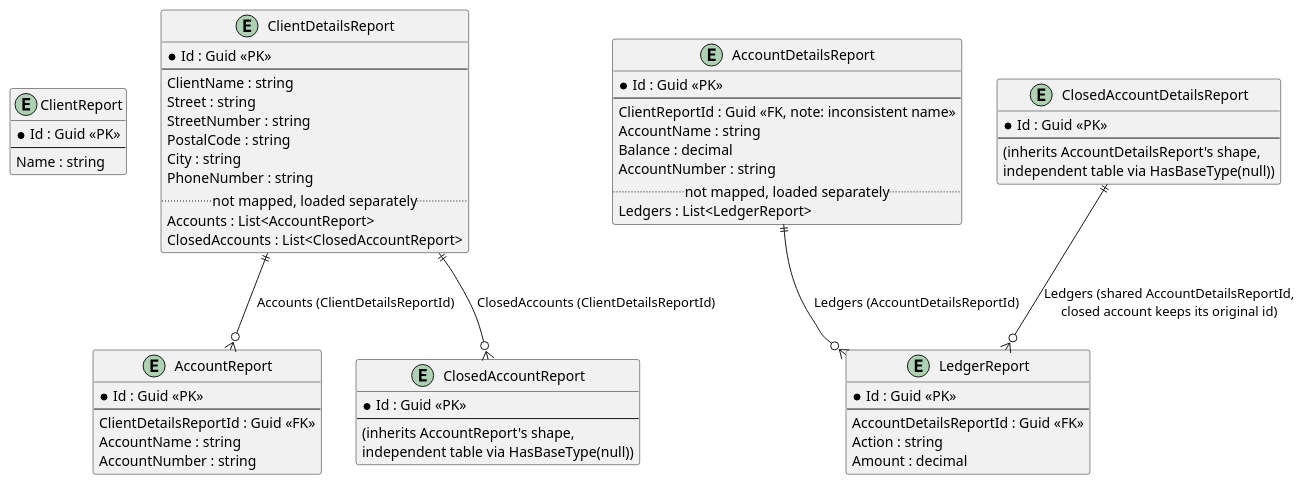
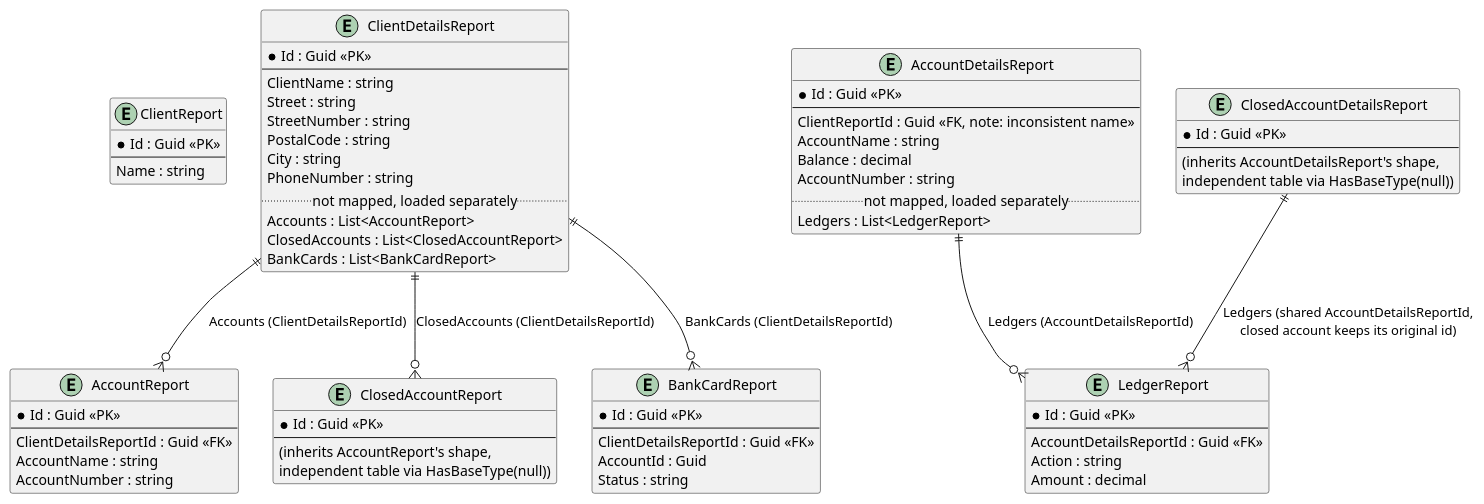
Before and after one commit to Mwwhited-BookLearning/fohjin-cqrs: the first of 2 diagrams in docs/08-reporting-read-models.md, drawn with PlantUML. The commit also changed other lines of this file and 8 other files, not shown here.

````diff
--- a/docs/08-reporting-read-models.md
+++ b/docs/08-reporting-read-models.md
@@ -10,61 +14,70 @@
 ```plantuml
 @startuml
 entity ClientReport {
   * Id : Guid <<PK>>
   --
   Name : string
 }
 entity ClientDetailsReport {
   * Id : Guid <<PK>>
   --
   ClientName : string
   Street : string
   StreetNumber : string
   PostalCode : string
   City : string
   PhoneNumber : string
   .. not mapped, loaded separately ..
   Accounts : List<AccountReport>
   ClosedAccounts : List<ClosedAccountReport>
+  BankCards : List<BankCardReport>
 }
 entity AccountReport {
   * Id : Guid <<PK>>
   --
   ClientDetailsReportId : Guid <<FK>>
   AccountName : string
   AccountNumber : string
 }
 entity AccountDetailsReport {
   * Id : Guid <<PK>>
   --
   ClientReportId : Guid <<FK, note: inconsistent name>>
   AccountName : string
   Balance : decimal
   AccountNumber : string
   .. not mapped, loaded separately ..
   Ledgers : List<LedgerReport>
 }
 entity ClosedAccountReport {
   * Id : Guid <<PK>>
   --
   (inherits AccountReport's shape,\nindependent table via HasBaseType(null))
 }
 entity ClosedAccountDetailsReport {
   * Id : Guid <<PK>>
   --
   (inherits AccountDetailsReport's shape,\nindependent table via HasBaseType(null))
 }
 entity LedgerReport {
   * Id : Guid <<PK>>
   --
   AccountDetailsReportId : Guid <<FK>>
   Action : string
   Amount : decimal
 }
+entity BankCardReport {
+  * Id : Guid <<PK>>
+  --
+  ClientDetailsReportId : Guid <<FK>>
+  AccountId : Guid
+  Status : string
+}
 
 ClientDetailsReport ||--o{ AccountReport : "Accounts (ClientDetailsReportId)"
 ClientDetailsReport ||--o{ ClosedAccountReport : "ClosedAccounts (ClientDetailsReportId)"
+ClientDetailsReport ||--o{ BankCardReport : "BankCards (ClientDetailsReportId)"
 AccountDetailsReport ||--o{ LedgerReport : "Ledgers (AccountDetailsReportId)"
 ClosedAccountDetailsReport ||--o{ LedgerReport : "Ledgers (shared AccountDetailsReportId,\nclosed account keeps its original id)"
 @enduml
 ```
````
